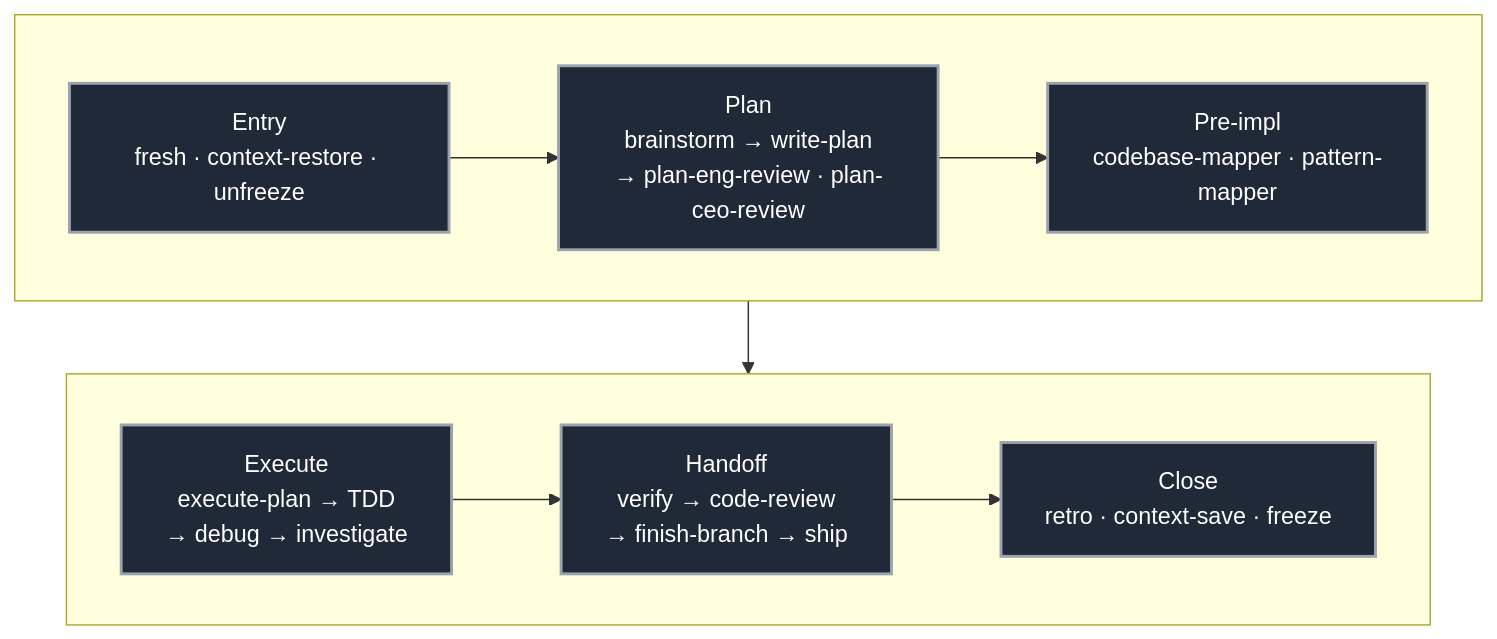
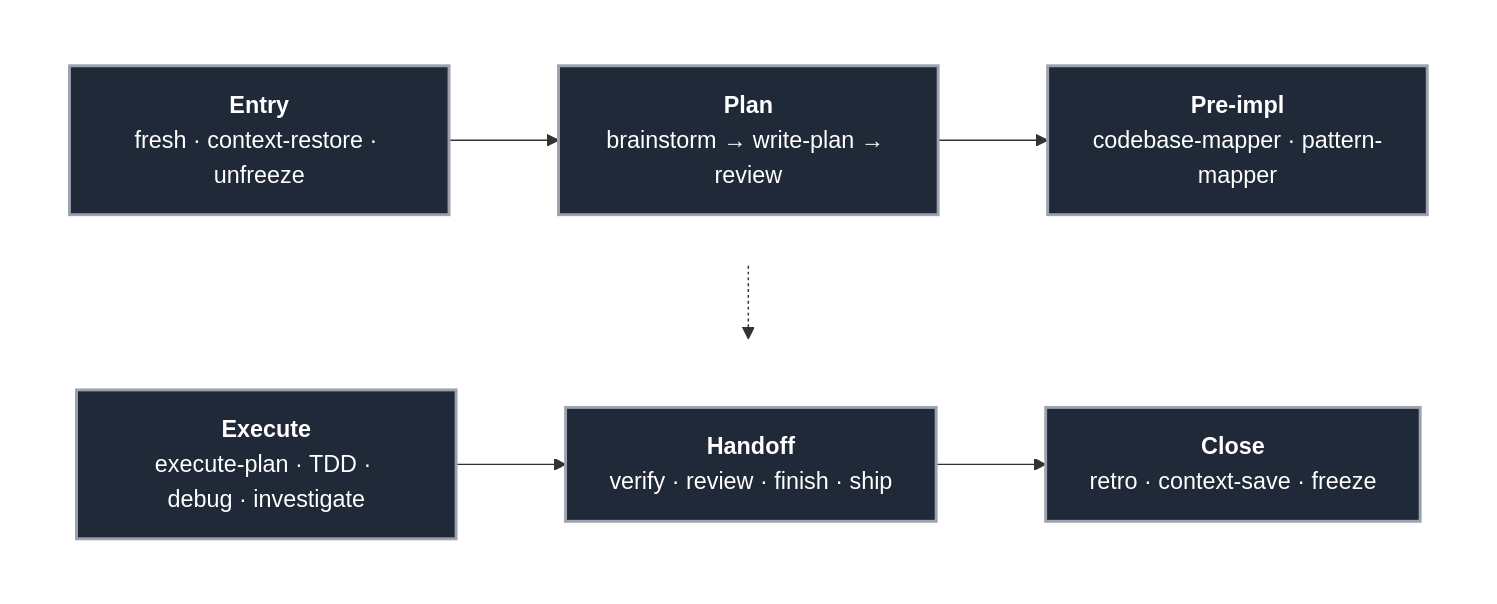
One commit to kaushiksiva07/claude-code-kit changed the first of 2 diagrams in README.md. Above: the diagram before and after it, drawn with Mermaid. The commit also changed other lines of this file and 2 other files, not shown here.

Commit message:
Document upstream layers + fix zoomed-out wrap diagram
- docs/superpowers.md: full tables for the 14 skills, 1 agent, and 3
  deprecated commands shipped by superpowers 5.0.7.
- docs/everything-claude-code.md: full tables for all 48 agents
  (grouped by domain) and 183 skills (alphabetical) from
  affaan-m/everything-claude-code.
- README: replace the prose "What superpowers brings" section with
  links into the two new docs pages. Match the gstack/gsd table
  format users already scan.
- README: zoomed-out Mermaid diagram now wraps 3+3 with a dotted
  bridge arrow between subgraphs (top-LR / bottom-LR inside TB),
  using bold phase labels and two-line content per box so the
  top and bottom rows stay readable at a glance.

````diff
--- a/README.md
+++ b/README.md
@@ -36,23 +36,19 @@
 ```mermaid
 flowchart TB
     classDef phase fill:#1f2937,stroke:#9ca3af,color:#fff,stroke-width:2px
 
-    E[Entry<br/>fresh · context-restore · unfreeze]:::phase
-    P[Plan<br/>brainstorm → write-plan<br/>→ plan-eng-review · plan-ceo-review]:::phase
-    M[Pre-impl<br/>codebase-mapper · pattern-mapper]:::phase
-    X[Execute<br/>execute-plan → TDD<br/>→ debug → investigate]:::phase
-    H[Handoff<br/>verify → code-review<br/>→ finish-branch → ship]:::phase
-    C[Close<br/>retro · context-save · freeze]:::phase
-
-    subgraph row1 [" "]
+    subgraph top [" "]
         direction LR
-        E --> P --> M
+        E[<b>Entry</b><br/>fresh · context-restore · unfreeze]:::phase --> P[<b>Plan</b><br/>brainstorm → write-plan → review]:::phase --> M[<b>Pre-impl</b><br/>codebase-mapper · pattern-mapper]:::phase
     end
 
-    subgraph row2 [" "]
+    subgraph bottom [" "]
         direction LR
-        X --> H --> C
+        X[<b>Execute</b><br/>execute-plan · TDD · debug · investigate]:::phase --> H[<b>Handoff</b><br/>verify · review · finish · ship]:::phase --> C[<b>Close</b><br/>retro · context-save · freeze]:::phase
     end
 
-    M --> X
+    M -.-> X
+
+    style top fill:transparent,stroke:transparent
+    style bottom fill:transparent,stroke:transparent
 ```
````
